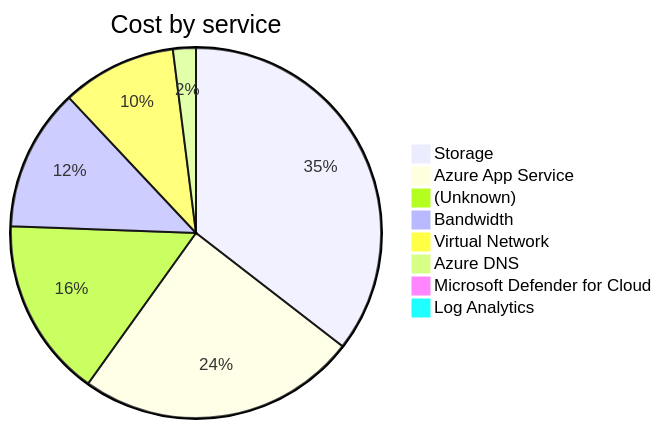
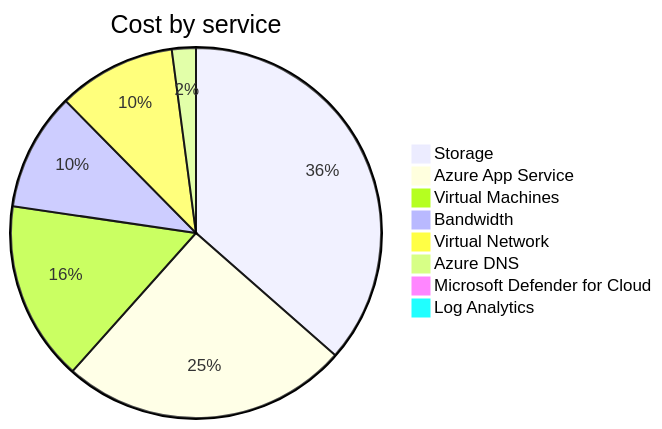
Before and after one commit to jpfulton/azure-personal-reports: the second of 4 diagrams in cost-reports/accumulated-cost.md, drawn with Mermaid. The commit also changed other lines of this file and 4 other files, not shown here.

````diff
--- a/cost-reports/accumulated-cost.md
+++ b/cost-reports/accumulated-cost.md
@@ -102,12 +102,12 @@
 ```mermaid
 pie
    title Cost by service
-   "Storage" : 3.37
-   "Azure App Service" : 2.32
-   "(Unknown)" : 1.49
+   "Storage" : 4.18
+   "Azure App Service" : 2.88
+   "Virtual Machines" : 1.80
    "Bandwidth" : 1.18
-   "Virtual Network" : 0.95
-   "Azure DNS" : 0.19
-   "Microsoft Defender for Cloud" : 0.03
+   "Virtual Network" : 1.18
+   "Azure DNS" : 0.24
+   "Microsoft Defender for Cloud" : 0.04
    "Log Analytics" : 0.00
 ```
````
